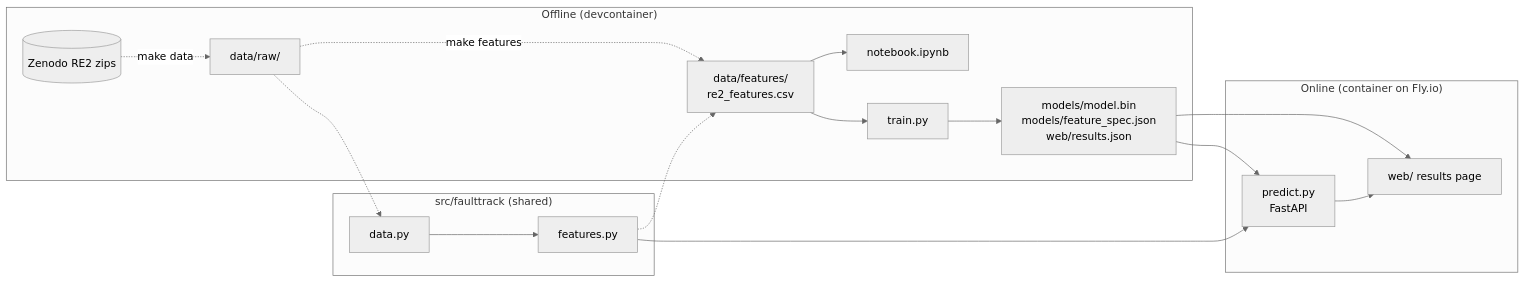
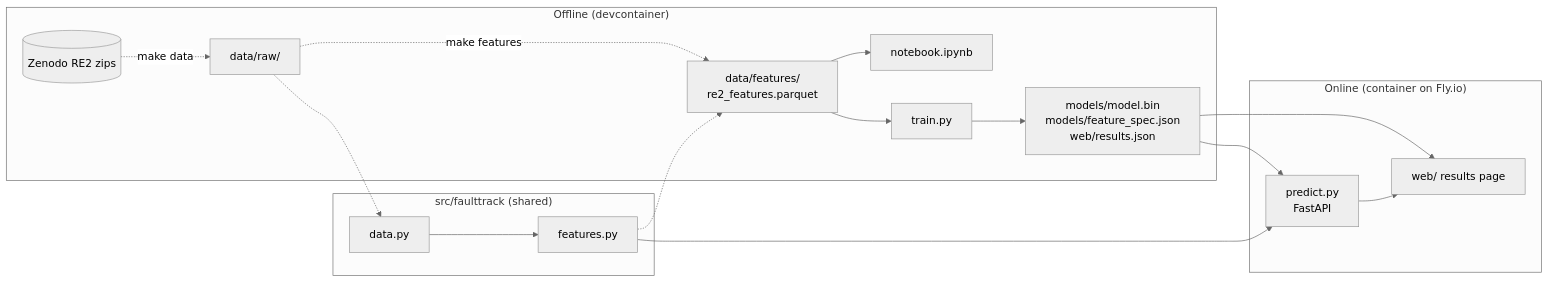
Before and after one commit to jennasrunbooks/faulttrack: the first of 5 diagrams in docs/architecture.md, drawn with Mermaid (neutral theme). The commit also changed other lines of this file and 6 other files, not shown here.

````diff
--- a/docs/architecture.md
+++ b/docs/architecture.md
@@ -17,25 +17,25 @@
 ```mermaid
 flowchart LR
     subgraph offline["Offline (devcontainer)"]
         Z[("Zenodo RE2 zips")] -.->|make data| RAW["data/raw/"]
-        RAW -.->|make features| FT["data/features/<br/>re2_features.csv"]
+        RAW -.->|make features| FT["data/features/<br/>re2_features.parquet"]
         FT --> NB["notebook.ipynb"]
         FT --> TR["train.py"]
         TR --> ART["models/model.bin<br/>models/feature_spec.json<br/>web/results.json"]
     end
     subgraph lib["src/faulttrack (shared)"]
         DATA["data.py"]
         FEAT["features.py"]
     end
     RAW -.-> DATA
     DATA --> FEAT
     FEAT -.-> FT
     subgraph online["Online (container on Fly.io)"]
         API["predict.py<br/>FastAPI"]
         WEB["web/ results page"]
     end
     ART --> API
     FEAT --> API
     ART --> WEB
     API --> WEB
 ```
````
